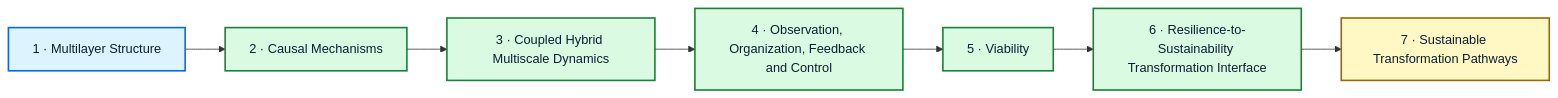
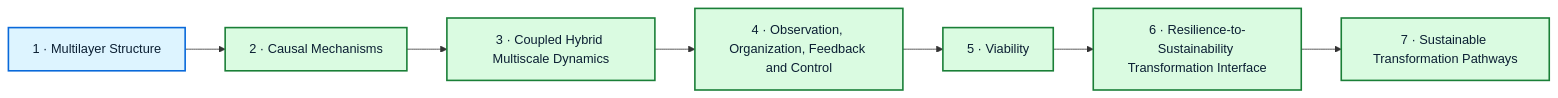
One commit to Dosust/MSE-thesis changed the diagram in project/CANONICAL_7_STAGE_FRAMEWORK.md. Above: the diagram before and after it, drawn with Mermaid. The commit also changed other lines of this file, not shown here.

````diff
--- a/project/CANONICAL_7_STAGE_FRAMEWORK.md
+++ b/project/CANONICAL_7_STAGE_FRAMEWORK.md
@@ -47,17 +46,15 @@
 ```mermaid
 flowchart LR
     S1["1 · Multilayer Structure"] --> S2["2 · Causal Mechanisms"]
     S2 --> S3["3 · Coupled Hybrid Multiscale Dynamics"]
     S3 --> S4["4 · Observation, Organization, Feedback and Control"]
     S4 --> S5["5 · Viability"]
     S5 --> S6["6 · Resilience-to-Sustainability Transformation Interface"]
     S6 --> S7["7 · Sustainable Transformation Pathways"]
 
     classDef canonical fill:#DDF4FF,stroke:#0969DA,color:#0B1F33,stroke-width:2px;
     classDef frozen fill:#DAFBE1,stroke:#1A7F37,color:#0B1F33,stroke-width:2px;
-    classDef research fill:#FFF8C5,stroke:#9A6700,color:#0B1F33,stroke-width:2px;
 
     class S1 canonical;
-    class S2,S3,S4,S5,S6 frozen;
-    class S7 research;
+    class S2,S3,S4,S5,S6,S7 frozen;
 ```
````
